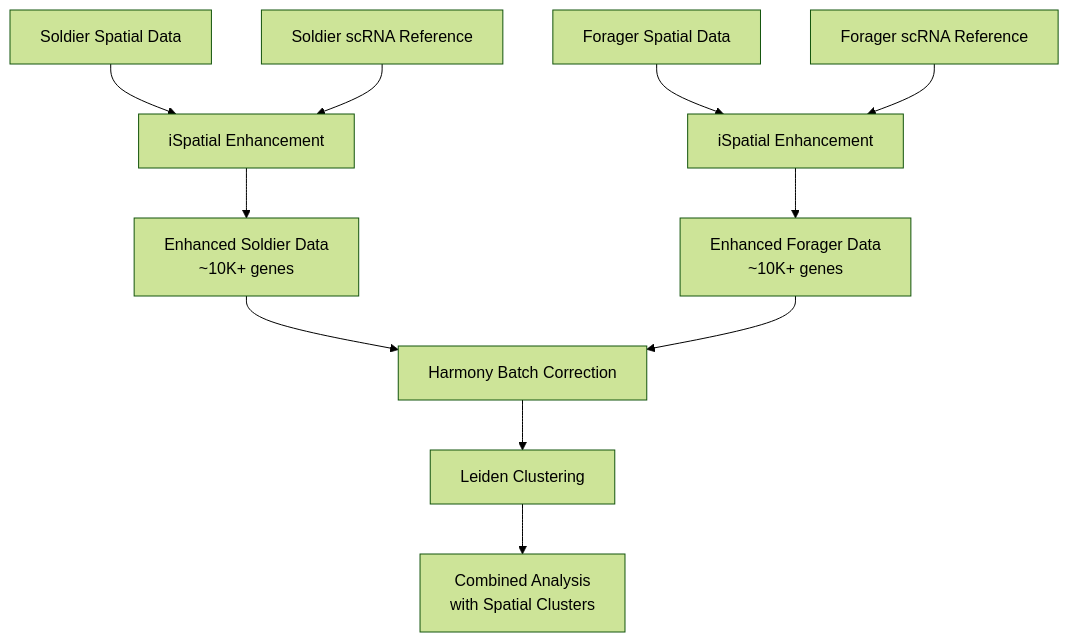
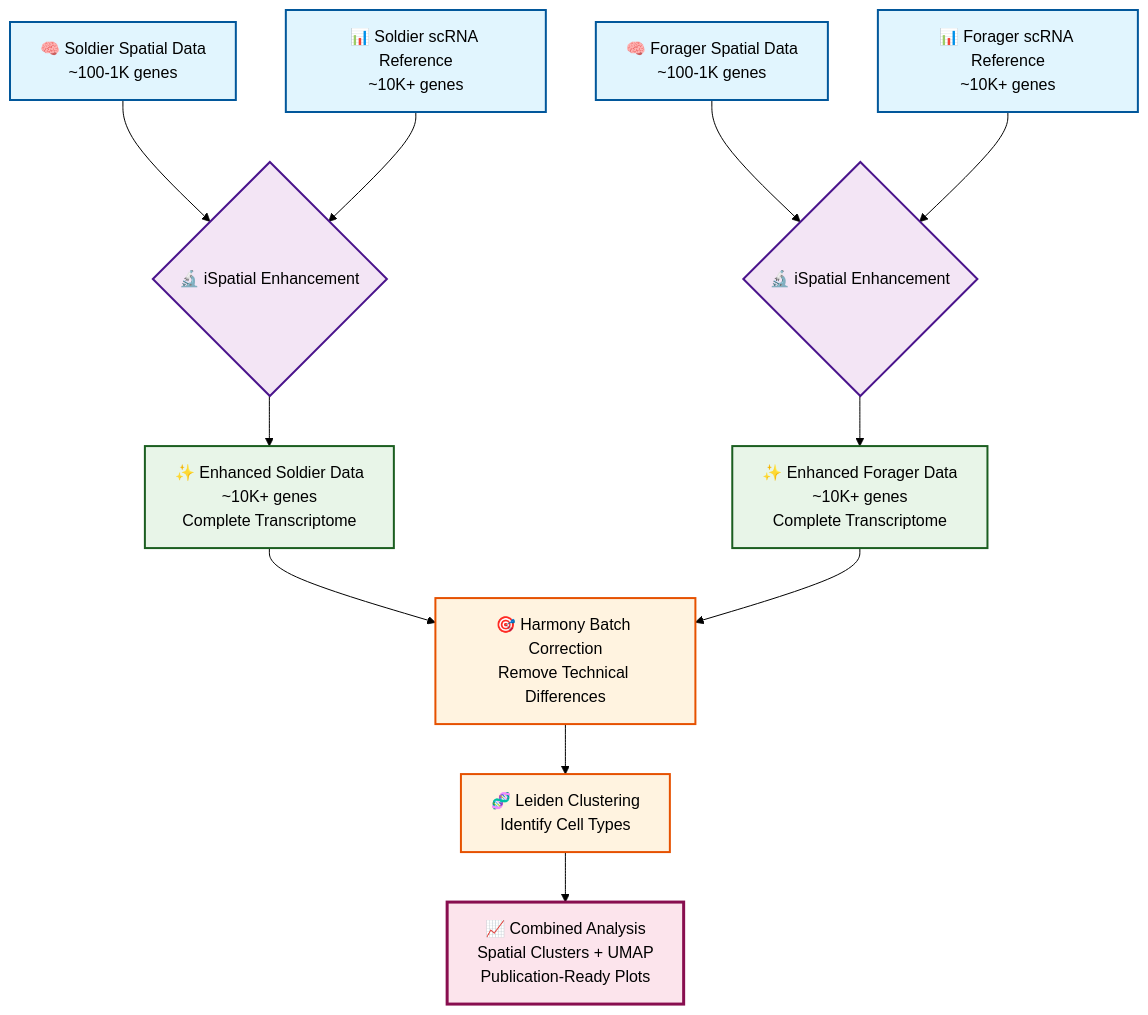
One commit to milliomics/iSpatial.py changed the diagram in README.md. Above: the diagram before and after it, drawn with Mermaid (forest theme).

````diff
--- a/README.md
+++ b/README.md
@@ -71,13 +71,31 @@
 ```mermaid
 graph TD
-    A[Soldier Spatial Data] --> B[iSpatial Enhancement]
-    C[Soldier scRNA Reference] --> B
-    D[Forager Spatial Data] --> E[iSpatial Enhancement]
-    F[Forager scRNA Reference] --> E
-    B --> G[Enhanced Soldier Data<br/>~10K+ genes]
-    E --> H[Enhanced Forager Data<br/>~10K+ genes]
-    G --> I[Harmony Batch Correction]
+    %% Input Data
+    A[🧠 Soldier Spatial Data<br/>~100-1K genes] --> B{🔬 iSpatial Enhancement}
+    C[📊 Soldier scRNA Reference<br/>~10K+ genes] --> B
+    D[🧠 Forager Spatial Data<br/>~100-1K genes] --> E{🔬 iSpatial Enhancement}
+    F[📊 Forager scRNA Reference<br/>~10K+ genes] --> E
+    
+    %% Enhanced Data
+    B --> G[✨ Enhanced Soldier Data<br/>~10K+ genes<br/>Complete Transcriptome]
+    E --> H[✨ Enhanced Forager Data<br/>~10K+ genes<br/>Complete Transcriptome]
+    
+    %% Integration Steps
+    G --> I[🎯 Harmony Batch Correction<br/>Remove Technical Differences]
     H --> I
-    I --> J[Leiden Clustering]
-    J --> K[Combined Analysis<br/>with Spatial Clusters]
+    I --> J[🧬 Leiden Clustering<br/>Identify Cell Types]
+    J --> K[📈 Combined Analysis<br/>Spatial Clusters + UMAP<br/>Publication-Ready Plots]
+    
+    %% Styling
+    classDef inputData fill:#e1f5fe,stroke:#01579b,stroke-width:2px,color:#000
+    classDef process fill:#f3e5f5,stroke:#4a148c,stroke-width:2px,color:#000
+    classDef enhanced fill:#e8f5e8,stroke:#1b5e20,stroke-width:2px,color:#000
+    classDef integration fill:#fff3e0,stroke:#e65100,stroke-width:2px,color:#000
+    classDef output fill:#fce4ec,stroke:#880e4f,stroke-width:3px,color:#000
+    
+    class A,C,D,F inputData
+    class B,E process
+    class G,H enhanced
+    class I,J integration
+    class K output
 ```
````
